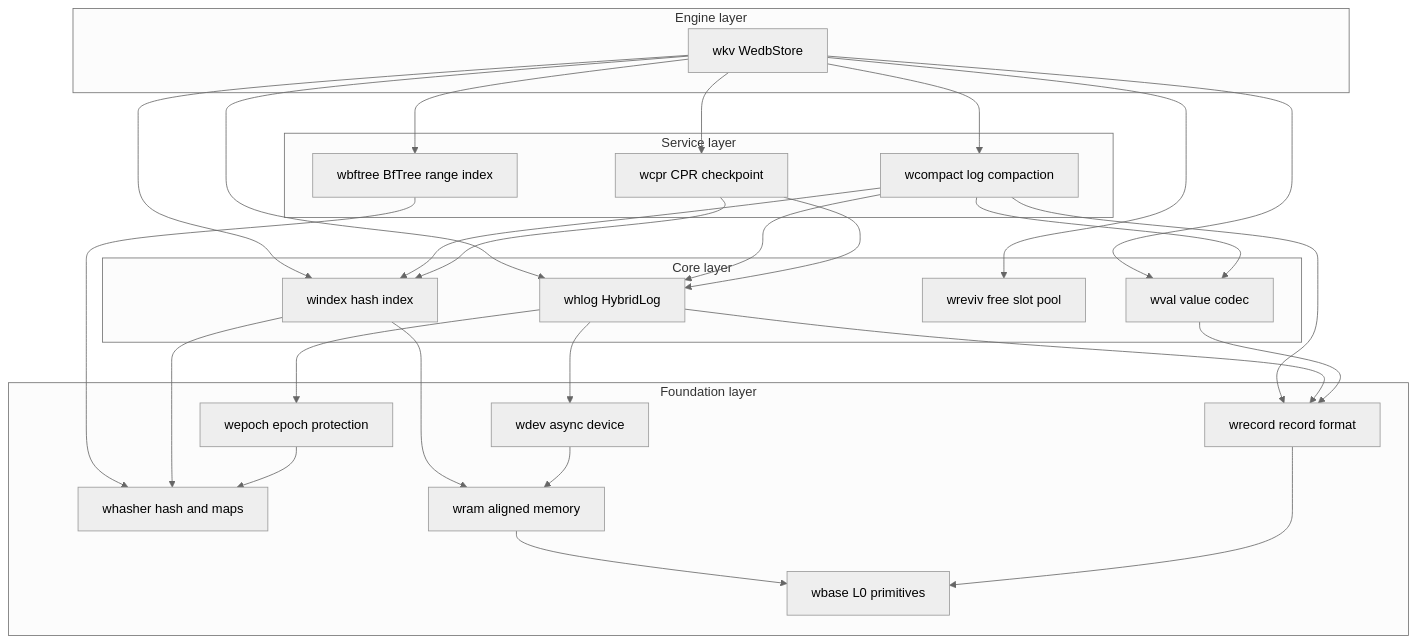
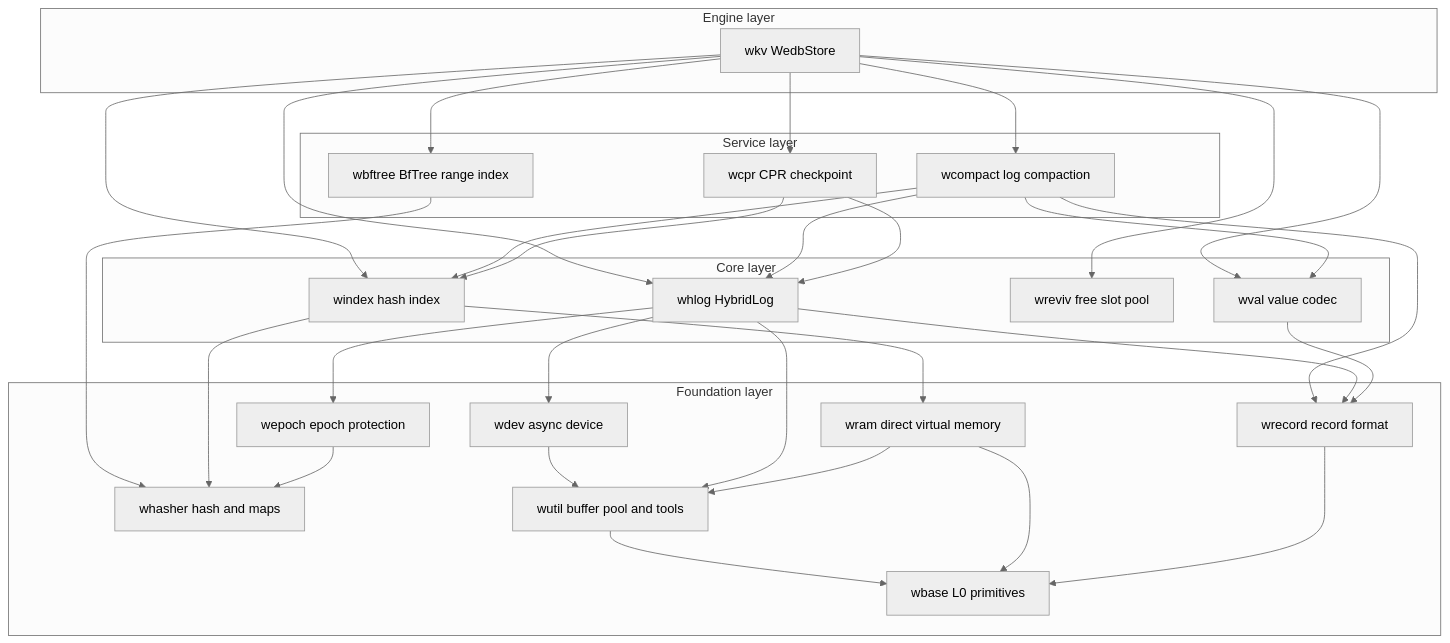
Before and after one commit to webc-site/wedb: the first of 2 diagrams in embed/readme/en.md, drawn with Mermaid (neutral theme). The commit also changed other lines of this file and 7 other files, not shown here.

First line of the commit message:
refactor(wram): 改原生内存层+兼容门面——DirectVirtualMemory/NativeMemoryTracker 留守(对标 core/Native)

````diff
--- a/embed/readme/en.md
+++ b/embed/readme/en.md
@@ -149,50 +149,54 @@
 ```mermaid
 graph TD
   subgraph engine[Engine layer]
     wkv[wkv WedbStore]
   end
   subgraph services[Service layer]
     wcpr[wcpr CPR checkpoint]
     wcompact[wcompact log compaction]
     wbftree[wbftree BfTree range index]
   end
   subgraph core[Core layer]
     whlog[whlog HybridLog]
     windex[windex hash index]
     wreviv[wreviv free slot pool]
     wval[wval value codec]
   end
   subgraph foundation[Foundation layer]
     wrecord[wrecord record format]
     wdev[wdev async device]
     wepoch[wepoch epoch protection]
     whasher[whasher hash and maps]
-    wram[wram aligned memory]
+    wutil[wutil buffer pool and tools]
+    wram[wram direct virtual memory]
     wbase[wbase L0 primitives]
   end
 
   wkv --> wcpr
   wkv --> wcompact
   wkv --> wbftree
   wkv --> whlog
   wkv --> windex
   wkv --> wreviv
   wkv --> wval
   wcompact --> whlog
   wcompact --> windex
   wcompact --> wval
   wcompact --> wrecord
   wcpr --> whlog
   wcpr --> windex
   wbftree --> whasher
   whlog --> wrecord
   whlog --> wdev
   whlog --> wepoch
   windex --> whasher
   windex --> wram
   wval --> wrecord
-  wdev --> wram
+  wdev --> wutil
+  whlog --> wutil
+  wram --> wutil
+  wutil --> wbase
   wepoch --> whasher
   wram --> wbase
   wrecord --> wbase
 ```
````
